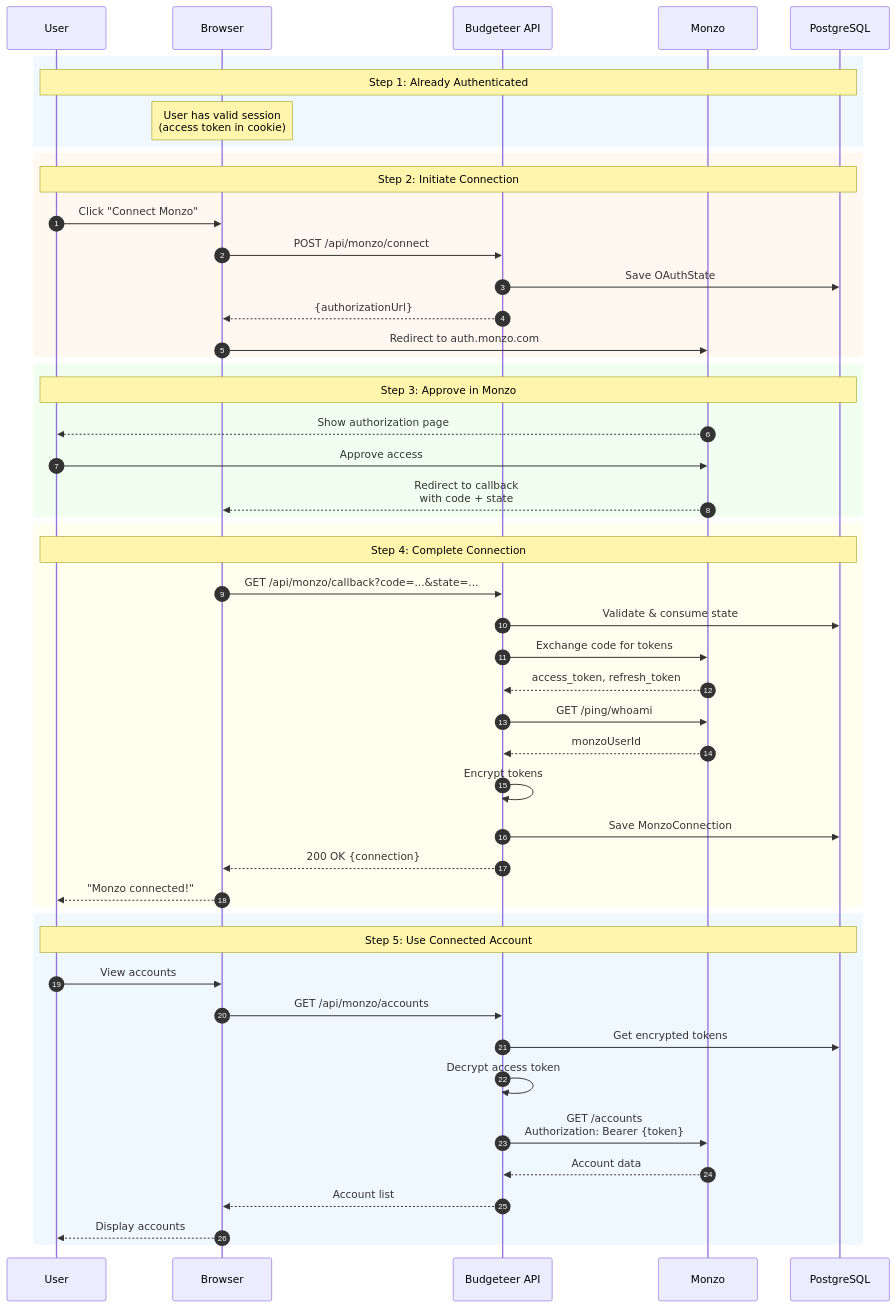
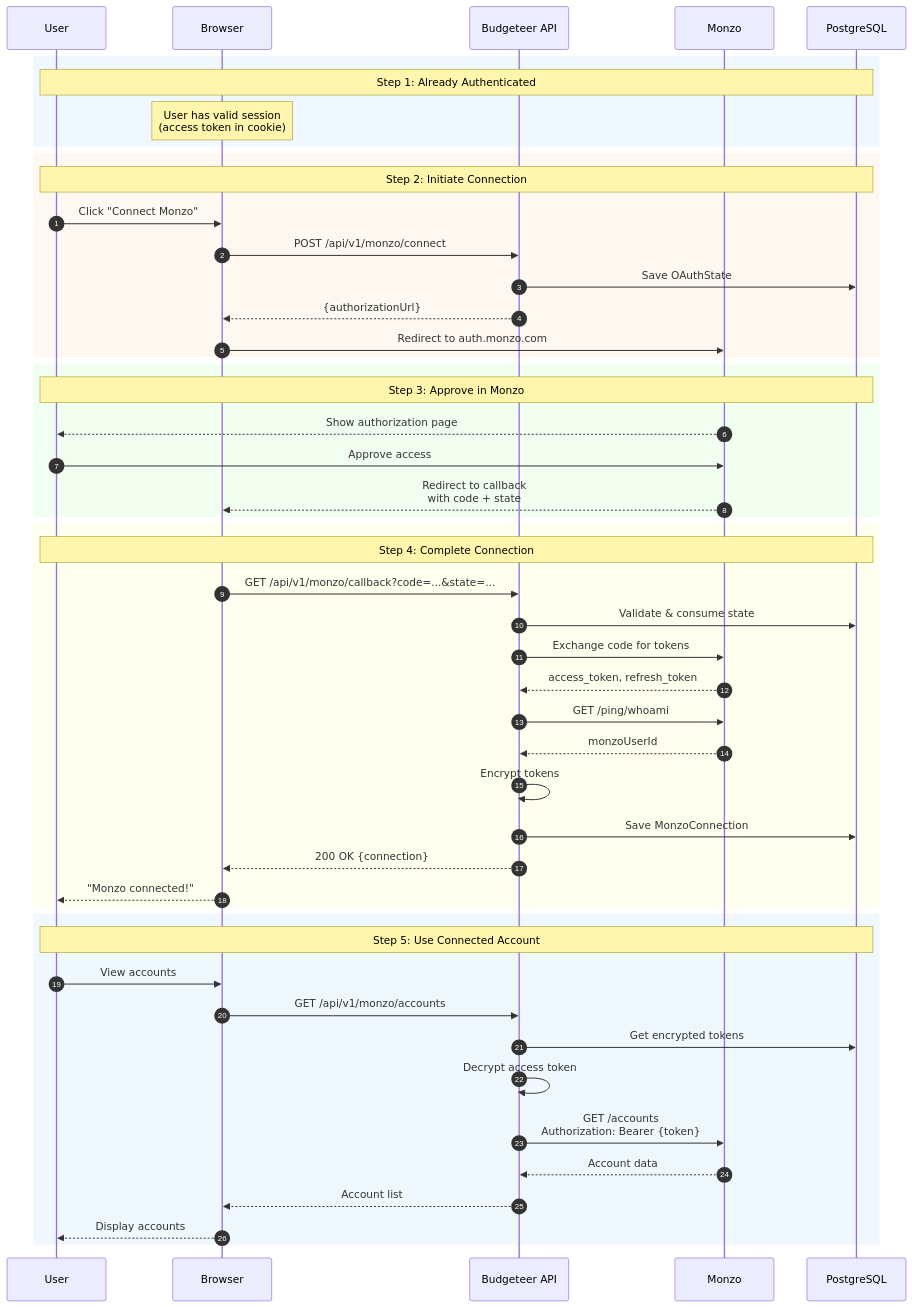
Before and after one commit to alexandermfisher/budgeteer: diagram 13 of 15 in docs/diagrams/monzo-oauth-flow.md, drawn with Mermaid. The commit also changed other lines of this file and 19 other files, not shown here.

````diff
--- a/docs/diagrams/monzo-oauth-flow.md
+++ b/docs/diagrams/monzo-oauth-flow.md
@@ -409,56 +409,56 @@
 ```mermaid
 sequenceDiagram
     autonumber
     participant U as User
     participant B as Browser
     participant API as Budgeteer API
     participant M as Monzo
     participant DB as PostgreSQL
 
     rect rgb(240, 248, 255)
         Note over U,DB: Step 1: Already Authenticated
         Note over B: User has valid session<br/>(access token in cookie)
     end
 
     rect rgb(255, 248, 240)
         Note over U,DB: Step 2: Initiate Connection
         U->>B: Click "Connect Monzo"
-        B->>API: POST /api/monzo/connect
+        B->>API: POST /api/v1/monzo/connect
         API->>DB: Save OAuthState
         API-->>B: {authorizationUrl}
         B->>M: Redirect to auth.monzo.com
     end
 
     rect rgb(240, 255, 240)
         Note over U,DB: Step 3: Approve in Monzo
         M-->>U: Show authorization page
         U->>M: Approve access
         M-->>B: Redirect to callback<br/>with code + state
     end
 
     rect rgb(255, 255, 240)
         Note over U,DB: Step 4: Complete Connection
-        B->>API: GET /api/monzo/callback?code=...&state=...
+        B->>API: GET /api/v1/monzo/callback?code=...&state=...
         API->>DB: Validate & consume state
         API->>M: Exchange code for tokens
         M-->>API: access_token, refresh_token
         API->>M: GET /ping/whoami
         M-->>API: monzoUserId
         API->>API: Encrypt tokens
         API->>DB: Save MonzoConnection
         API-->>B: 200 OK {connection}
         B-->>U: "Monzo connected!"
     end
 
     rect rgb(240, 248, 255)
         Note over U,DB: Step 5: Use Connected Account
         U->>B: View accounts
-        B->>API: GET /api/monzo/accounts
+        B->>API: GET /api/v1/monzo/accounts
         API->>DB: Get encrypted tokens
         API->>API: Decrypt access token
         API->>M: GET /accounts<br/>Authorization: Bearer {token}
         M-->>API: Account data
         API-->>B: Account list
         B-->>U: Display accounts
     end
 ```
````
